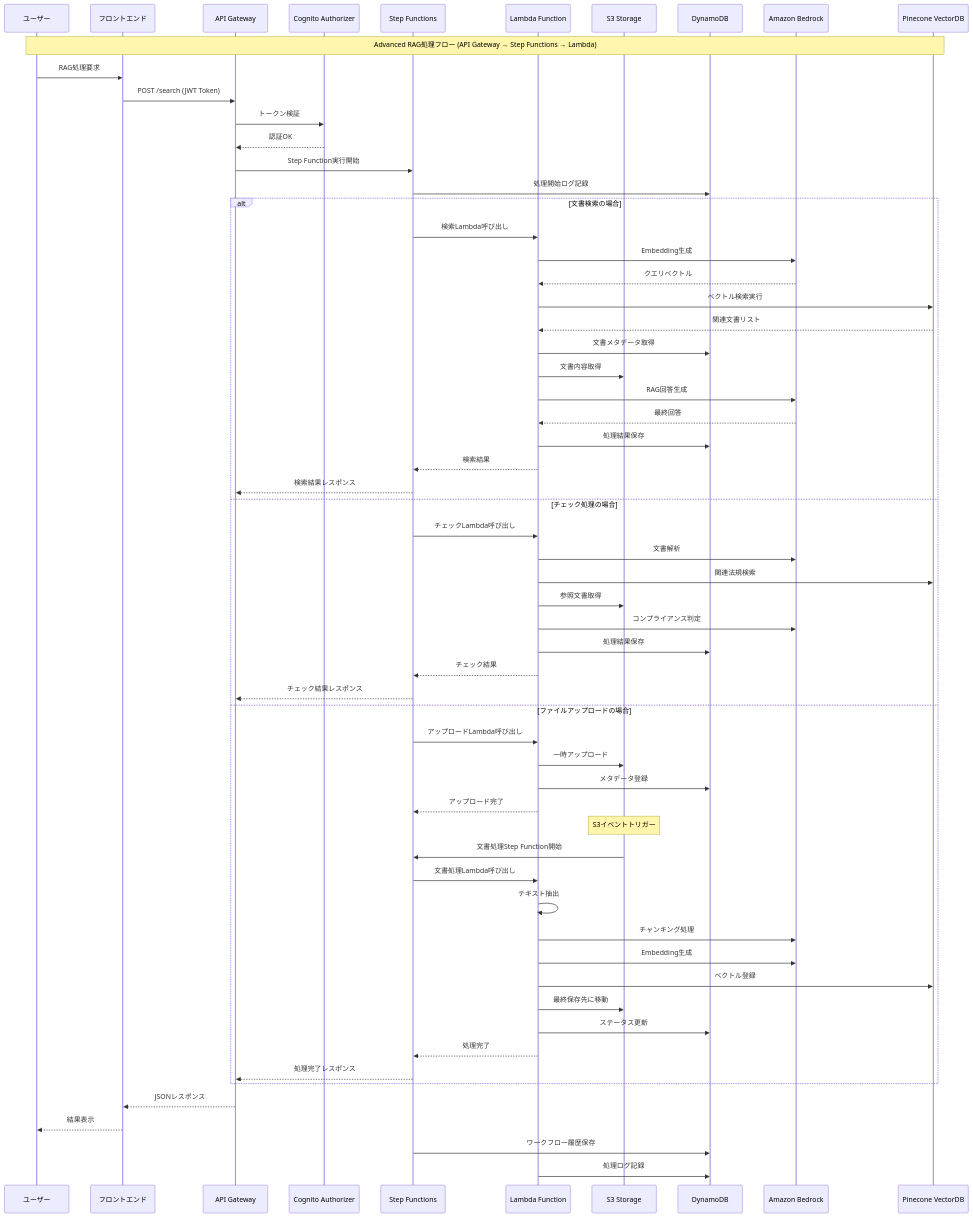
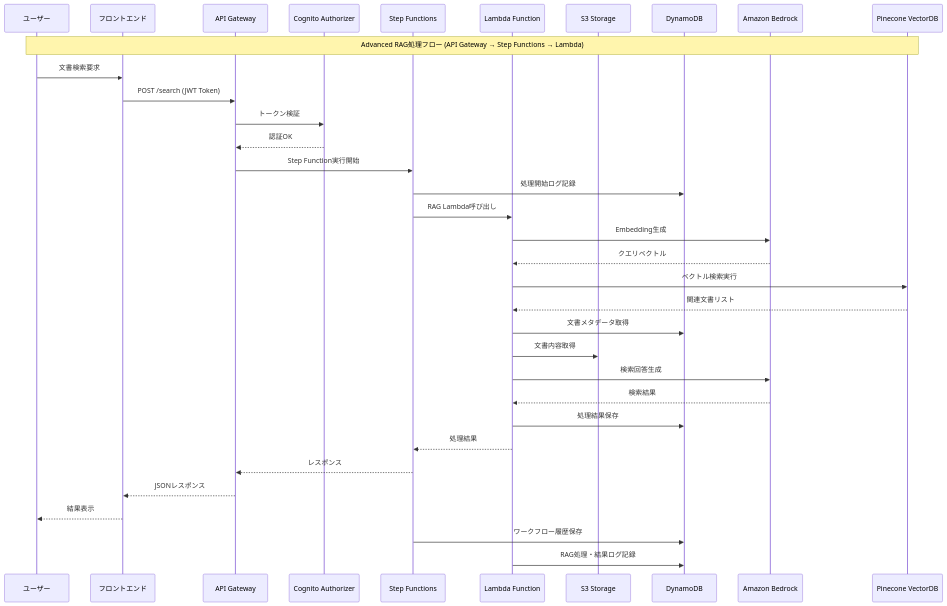
The fourth of 5 diagrams in documents/system-difinition.md (itsutose/tmp-ssi), drawn with Mermaid before and after one commit. The commit also changed other lines of this file, not shown here.

````diff
--- a/documents/system-difinition.md
+++ b/documents/system-difinition.md
@@ -444,78 +502,51 @@
 ```mermaid
 sequenceDiagram
     participant User as ユーザー
     participant Frontend as フロントエンド
     participant APIGW as API Gateway
     participant Auth as Cognito Authorizer
     participant SF as Step Functions
     participant Lambda as Lambda Function
     participant S3 as S3 Storage
     participant DDB as DynamoDB
     participant Bedrock as Amazon Bedrock
     participant Pinecone as Pinecone VectorDB
     
     Note over User, Pinecone: Advanced RAG処理フロー (API Gateway → Step Functions → Lambda)
     
     %% Authentication
-    User->>Frontend: RAG処理要求
+    User->>Frontend: 文書検索要求
     Frontend->>APIGW: POST /search (JWT Token)
     APIGW->>Auth: トークン検証
     Auth-->>APIGW: 認証OK
     
     %% Step Functions Processing
     APIGW->>SF: Step Function実行開始
     SF->>DDB: 処理開始ログ記録
     
+    %% RAG Workflow
+    SF->>Lambda: RAG Lambda呼び出し
+    
     %% Document Search Flow
-    alt 文書検索の場合
-        SF->>Lambda: 検索Lambda呼び出し
-        Lambda->>Bedrock: Embedding生成
-        Bedrock-->>Lambda: クエリベクトル
-        Lambda->>Pinecone: ベクトル検索実行
-        Pinecone-->>Lambda: 関連文書リスト
-        Lambda->>DDB: 文書メタデータ取得
-        Lambda->>S3: 文書内容取得
-        Lambda->>Bedrock: RAG回答生成
-        Bedrock-->>Lambda: 最終回答
-        Lambda->>DDB: 処理結果保存
-        Lambda-->>SF: 検索結果
-        SF-->>APIGW: 検索結果レスポンス
+    Lambda->>Bedrock: Embedding生成
+    Bedrock-->>Lambda: クエリベクトル
+    Lambda->>Pinecone: ベクトル検索実行
+    Pinecone-->>Lambda: 関連文書リスト
+    Lambda->>DDB: 文書メタデータ取得
+    Lambda->>S3: 文書内容取得
+    Lambda->>Bedrock: 検索回答生成
+    Bedrock-->>Lambda: 検索結果
     
-    %% Check Processing Flow    
-    else チェック処理の場合
-        SF->>Lambda: チェックLambda呼び出し
-        Lambda->>Bedrock: 文書解析
-        Lambda->>Pinecone: 関連法規検索
-        Lambda->>S3: 参照文書取得
-        Lambda->>Bedrock: コンプライアンス判定
-        Lambda->>DDB: 処理結果保存
-        Lambda-->>SF: チェック結果
-        SF-->>APIGW: チェック結果レスポンス
-    
-    %% File Upload Flow
-    else ファイルアップロードの場合
-        SF->>Lambda: アップロードLambda呼び出し
-        Lambda->>S3: 一時アップロード
-        Lambda->>DDB: メタデータ登録
-        Lambda-->>SF: アップロード完了
-        Note over S3: S3イベントトリガー
-        S3->>SF: 文書処理Step Function開始
-        SF->>Lambda: 文書処理Lambda呼び出し
-        Lambda->>Lambda: テキスト抽出
-        Lambda->>Bedrock: チャンキング処理
-        Lambda->>Bedrock: Embedding生成
-        Lambda->>Pinecone: ベクトル登録
-        Lambda->>S3: 最終保存先に移動
-        Lambda->>DDB: ステータス更新
-        Lambda-->>SF: 処理完了
-        SF-->>APIGW: 処理完了レスポンス
-    end
+    %% Response Flow
+    Lambda->>DDB: 処理結果保存
+    Lambda-->>SF: 処理結果
+    SF-->>APIGW: レスポンス
     
     %% Response
     APIGW-->>Frontend: JSONレスポンス
     Frontend-->>User: 結果表示
     
     %% Monitoring
     SF->>DDB: ワークフロー履歴保存
-    Lambda->>DDB: 処理ログ記録
+    Lambda->>DDB: RAG処理・結果ログ記録
 ```
````
